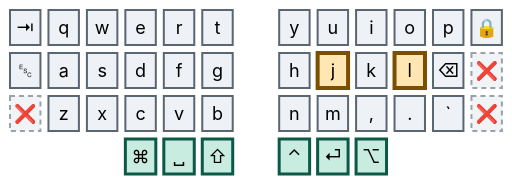
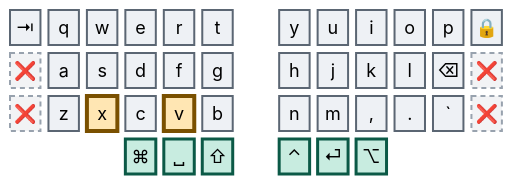
The seventh of 41 diagrams in combos.md (abloch/zmk-corne), drawn with Mermaid before and after one commit. The commit also changed other lines of this file and 5 other files, not shown here.

````diff
--- a/combos.md
+++ b/combos.md
@@ -181,21 +183,21 @@
 ```mermaid
 %%{init: {'theme':'base','themeVariables':{'primaryColor':'#eef1f5','primaryTextColor':'#0b0f14','primaryBorderColor':'#5b6673','nodeTextColor':'#0b0f14','textColor':'#0b0f14','mainBkg':'#eef1f5','fontSize':'18px'}}}%%
 block
 columns 13
 
   tab["⇥"] q w e r t space y u i o p lock["🔒"]
-  esc["␛"] a s d f g space h j k l bspc["⌫"] x1["❌"]
+  x4["❌"] a s d f g space h j k l bspc["⌫"] x1["❌"]
   x2["❌"] z x c v b space n m cma[","] dot["."] grv[" `"] x3["❌"]
   space:3 cmd["⌘"] spc["␣"] sft["⇧"] space ctl["⌃"] ent["⏎"] alt["⌥"] space:3
 
   classDef anchor fill:#bfe6f0,stroke:#0a4f63,stroke-width:4px,color:#04222b
   classDef trig fill:#ffe6b3,stroke:#7a5000,stroke-width:4px,color:#2e1e00
   classDef core fill:#eef1f5,stroke:#5b6673,stroke-width:2px,color:#0b0f14
   classDef thumb fill:#c8ece0,stroke:#0b5946,stroke-width:3px,color:#06241c
   classDef dead fill:#f2f3f5,stroke:#98a2ae,stroke-width:2px,stroke-dasharray:5 4,color:#5b6673
 
-  class j,l trig
-  class tab,q,w,e,r,t,y,u,i,o,p,lock,esc,a,s,d,f,g,h,k,bspc,z,x,c,v,b,n,m,cma,dot,grv core
+  class x,v trig
+  class tab,q,w,e,r,t,y,u,i,o,p,lock,a,s,d,f,g,h,j,k,l,bspc,z,c,b,n,m,cma,dot,grv core
   class cmd,spc,sft,ctl,ent,alt thumb
-  class x1,x2,x3 dead
+  class x1,x2,x3,x4 dead
 ```
````
